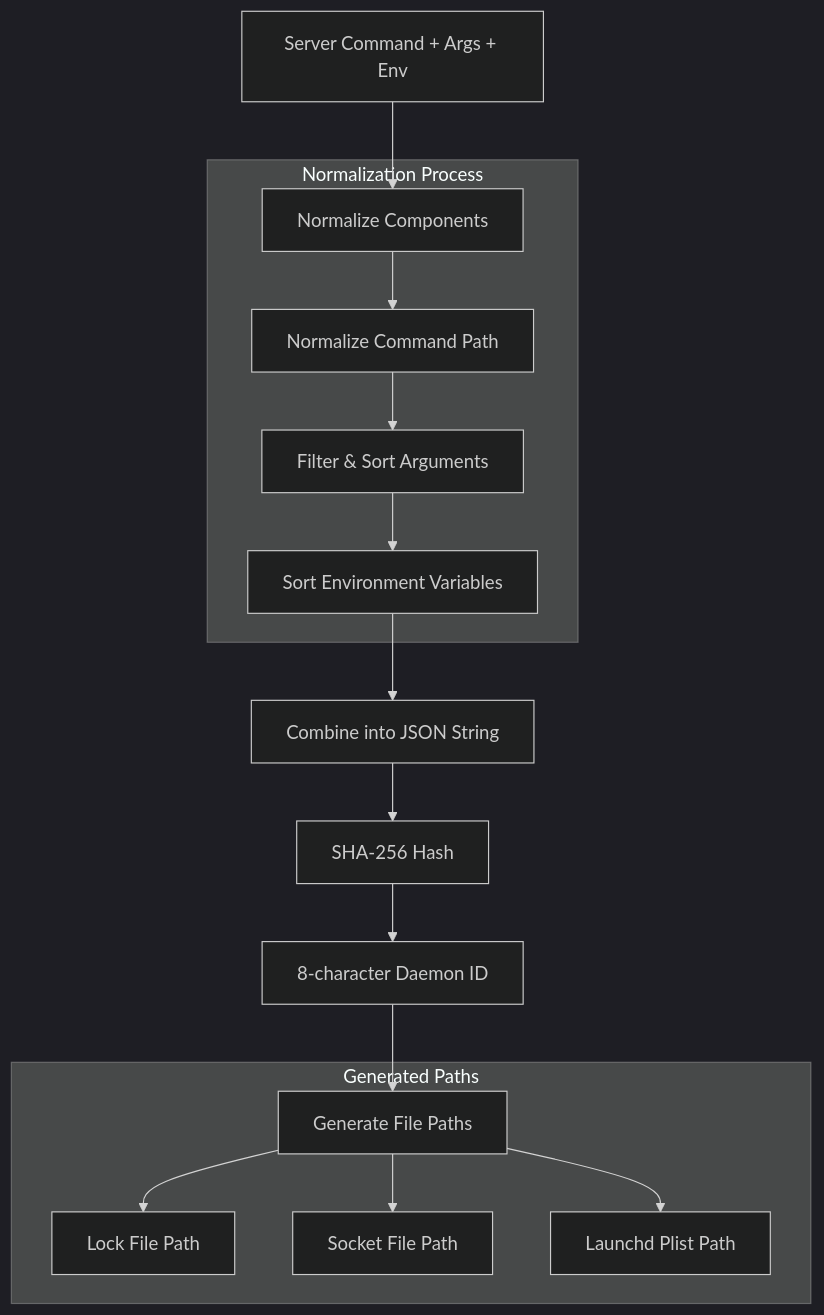
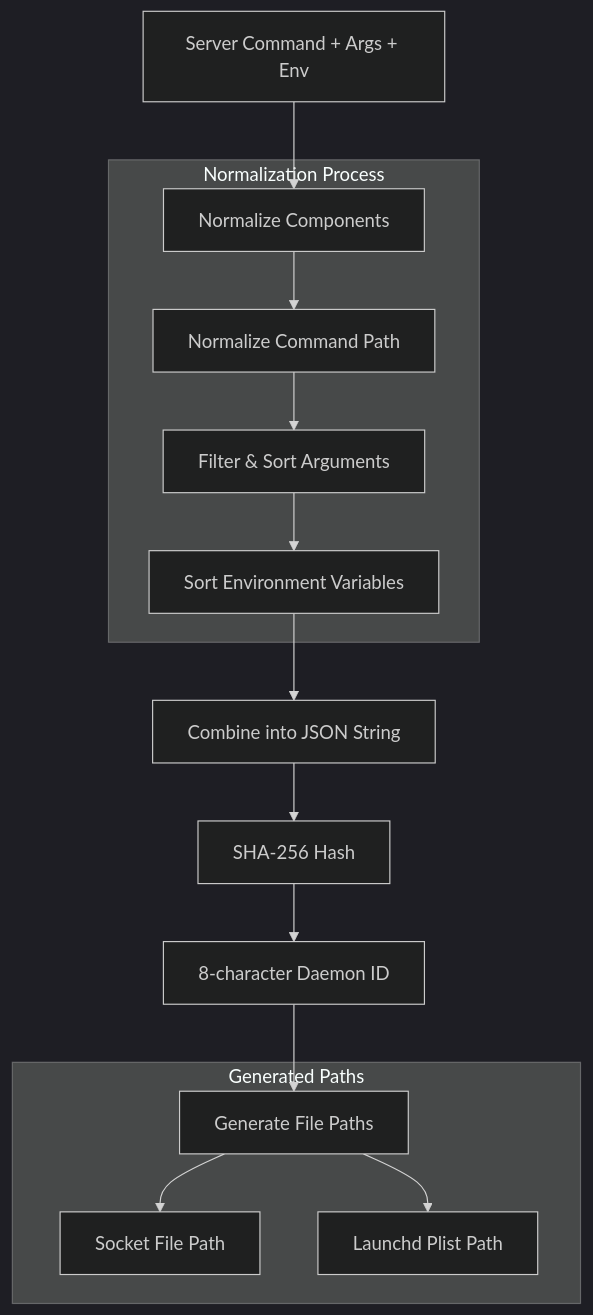
Before and after one commit to cameroncooke/mcpli: the sixth of 24 diagrams in docs/process_architecture.md, drawn with Mermaid (dark theme). The commit also changed other lines of this file and 3 other files, not shown here.

First line of the commit message:
docs: remove legacy lock-file refs; align socket paths to /var/folders/_t/2njffz894t57qpp76v1sw__h0000gn/T/

````diff
--- a/docs/process_architecture.md
+++ b/docs/process_architecture.md
@@ -248,22 +248,21 @@
 ```mermaid
 flowchart TD
     Input[Server Command + Args + Env] --> Normalize[Normalize Components]
 
     subgraph "Normalization Process"
         Normalize --> NormCmd[Normalize Command Path]
         NormCmd --> NormArgs[Filter & Sort Arguments]
         NormArgs --> NormEnv[Sort Environment Variables]
     end
 
     NormEnv --> Combine[Combine into JSON String]
     Combine --> Hash[SHA-256 Hash]
     Hash --> DaemonID[8-character Daemon ID]
 
     DaemonID --> Paths[Generate File Paths]
 
     subgraph "Generated Paths"
-        Paths --> LockPath[Lock File Path]
         Paths --> SocketPath[Socket File Path]
         Paths --> PlistPath[Launchd Plist Path]
     end
 ```
````
